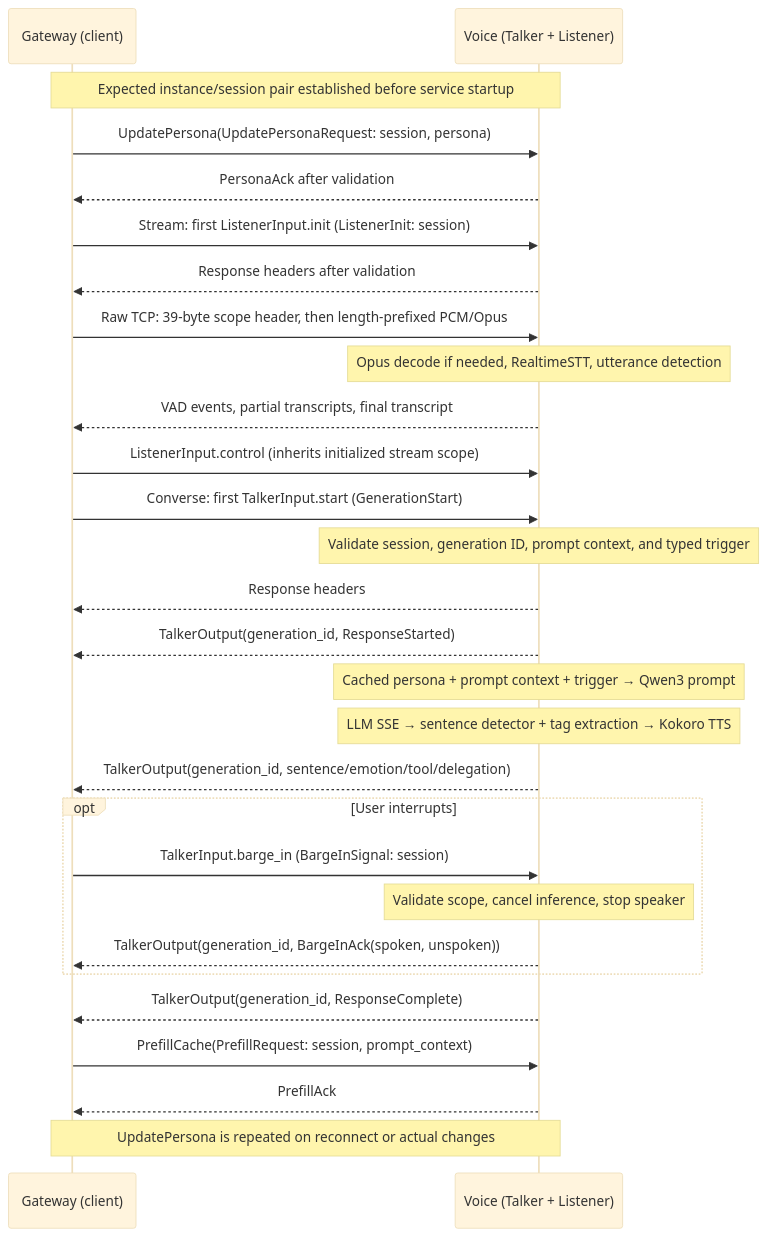
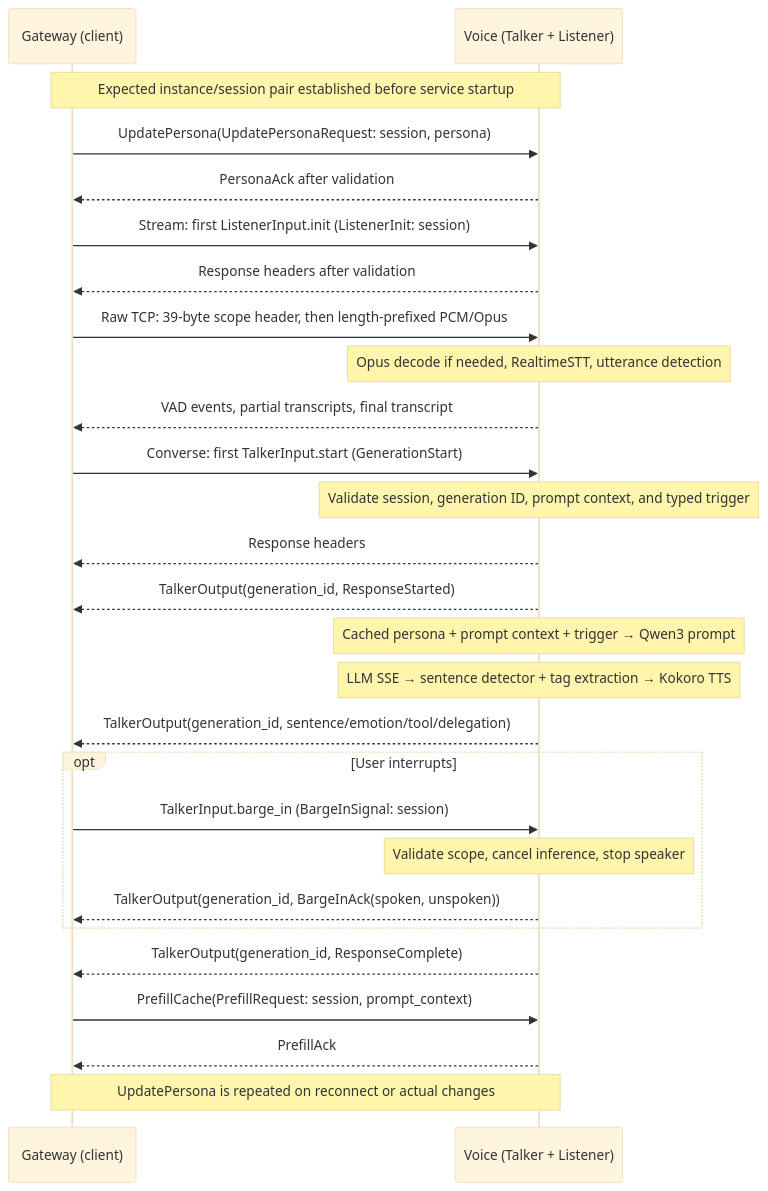
The diagram in talker/README.md (styin/kaguya), drawn with Mermaid (base theme) before and after one commit. The commit also changed other lines of this file and 126 other files, not shown here.

````diff
--- a/talker/README.md
+++ b/talker/README.md
@@ -298,34 +298,33 @@
 ```mermaid
 sequenceDiagram
     participant G as Gateway (client)
     participant V as Voice (Talker + Listener)
 
     Note over G,V: Expected instance/session pair established before service startup
     G->>V: UpdatePersona(UpdatePersonaRequest: session, persona)
     V-->>G: PersonaAck after validation
 
     G->>V: Stream: first ListenerInput.init (ListenerInit: session)
     V-->>G: Response headers after validation
     G->>V: Raw TCP: 39-byte scope header, then length-prefixed PCM/Opus
     Note over V: Opus decode if needed, RealtimeSTT, utterance detection
     V-->>G: VAD events, partial transcripts, final transcript
-    G->>V: ListenerInput.control (inherits initialized stream scope)
 
     G->>V: Converse: first TalkerInput.start (GenerationStart)
     Note over V: Validate session, generation ID, prompt context, and typed trigger
     V-->>G: Response headers
     V-->>G: TalkerOutput(generation_id, ResponseStarted)
     Note over V: Cached persona + prompt context + trigger → Qwen3 prompt
     Note over V: LLM SSE → sentence detector + tag extraction → Kokoro TTS
     V-->>G: TalkerOutput(generation_id, sentence/emotion/tool/delegation)
     opt User interrupts
         G->>V: TalkerInput.barge_in (BargeInSignal: session)
         Note over V: Validate scope, cancel inference, stop speaker
         V-->>G: TalkerOutput(generation_id, BargeInAck(spoken, unspoken))
     end
     V-->>G: TalkerOutput(generation_id, ResponseComplete)
 
     G->>V: PrefillCache(PrefillRequest: session, prompt_context)
     V-->>G: PrefillAck
     Note over G,V: UpdatePersona is repeated on reconnect or actual changes
 ```
````
